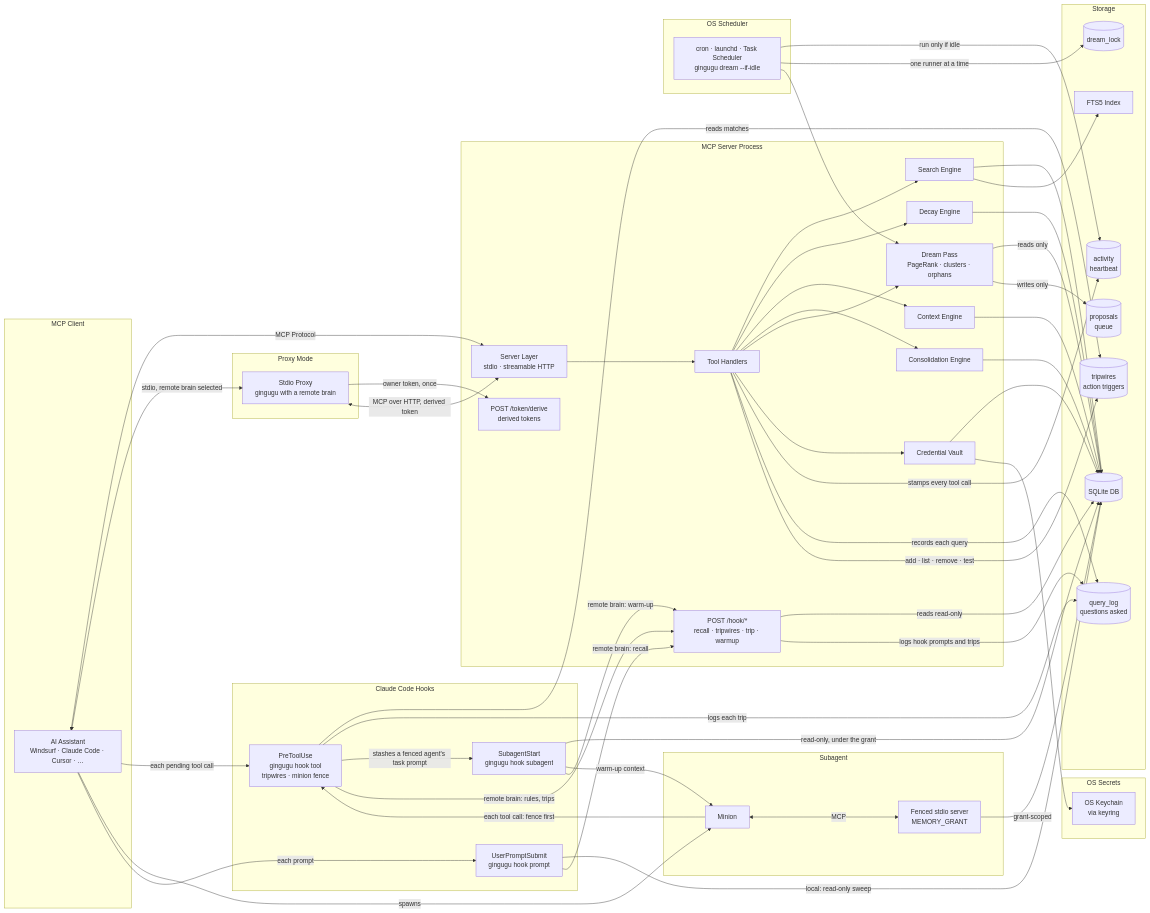
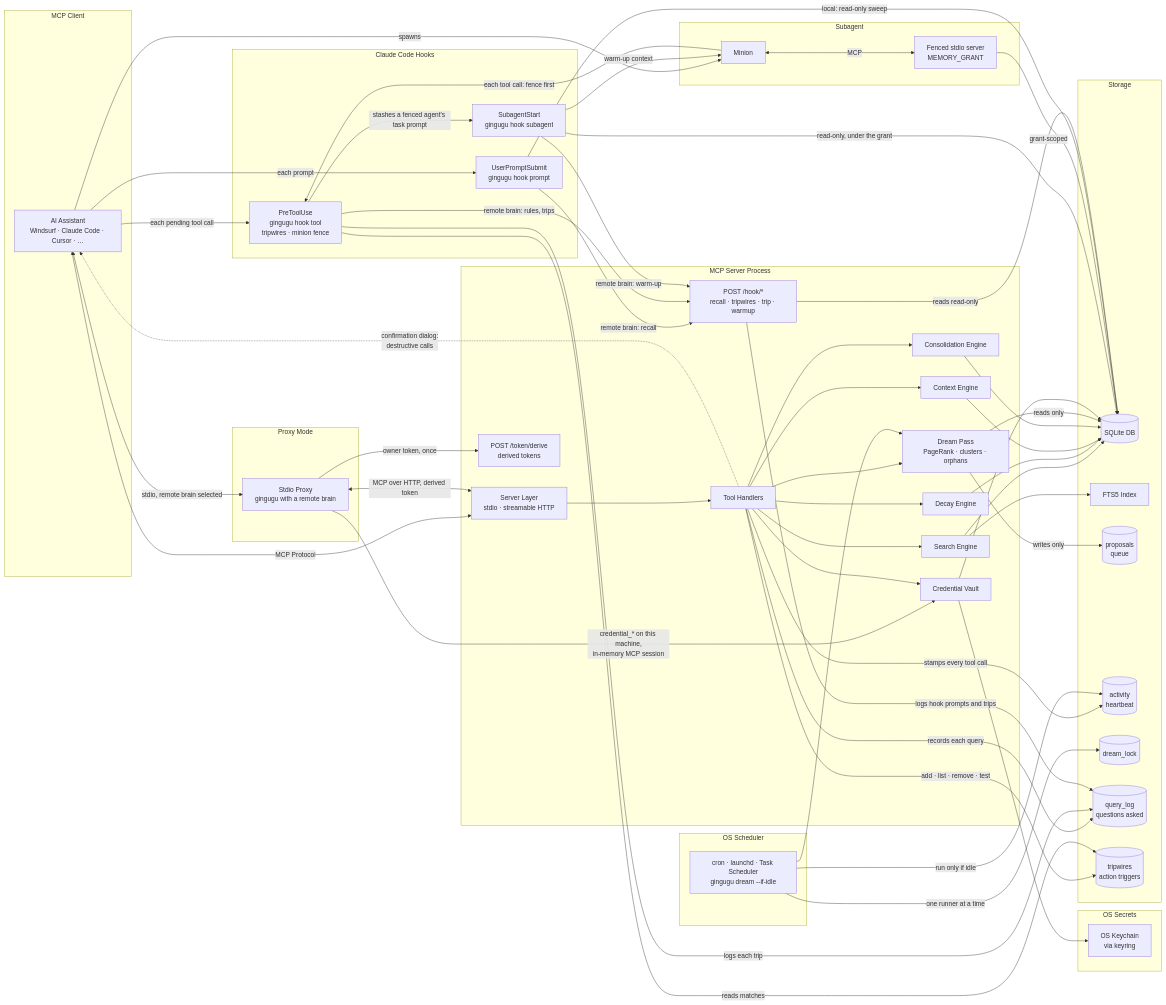
One commit to gingugu/gingugu changed the first of 2 diagrams in docs/architecture.md. Above: the diagram before and after it, drawn with Mermaid. The commit also changed other lines of this file and 8 other files, not shown here.

```diff
--- a/docs/architecture.md
+++ b/docs/architecture.md
@@ -85,6 +88,7 @@
     A <-->|stdio, remote brain selected| X
     X -->|owner token, once| V
     X <-->|MCP over HTTP, derived token| B
+    X -->|credential_* on this machine,<br/>in-memory MCP session| K
     B --> C
     C --> D
     C --> E
@@ -92,6 +96,7 @@
     C --> G
     C --> L
     C --> K
+    C -.->|confirmation dialog:<br/>destructive calls| A
     D --> H
     D --> I
     E --> H
```
